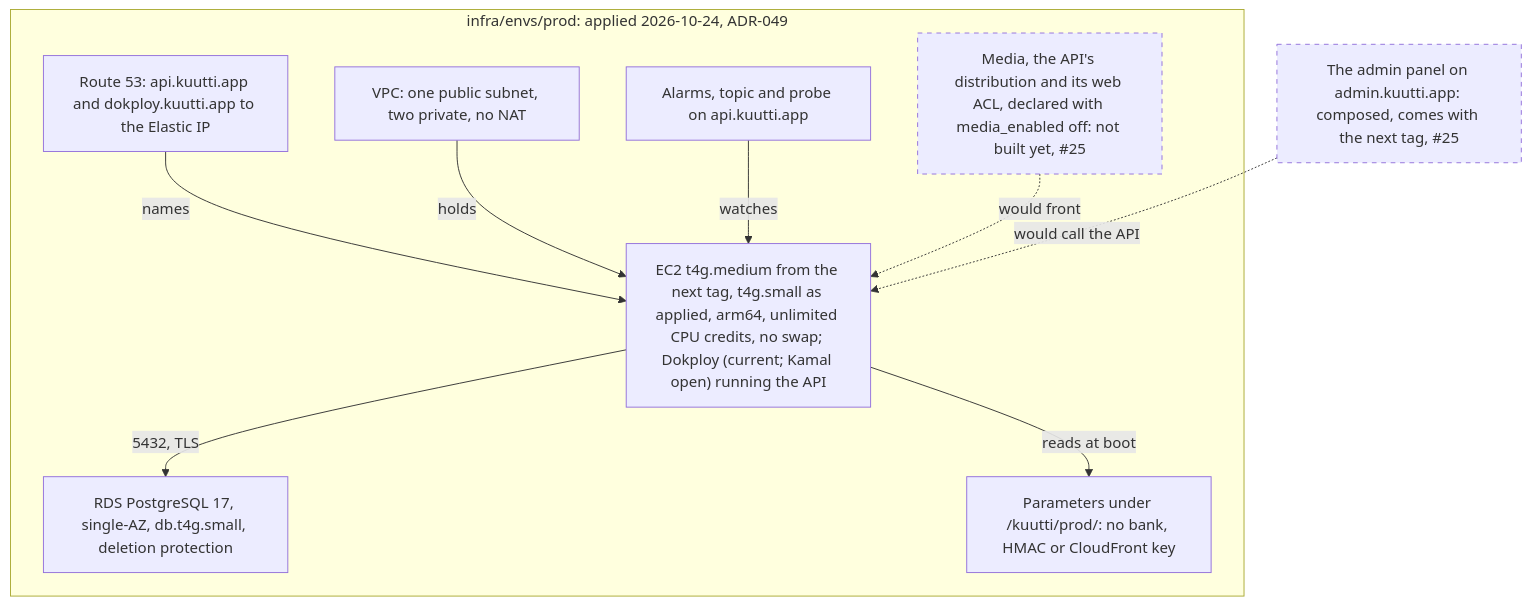
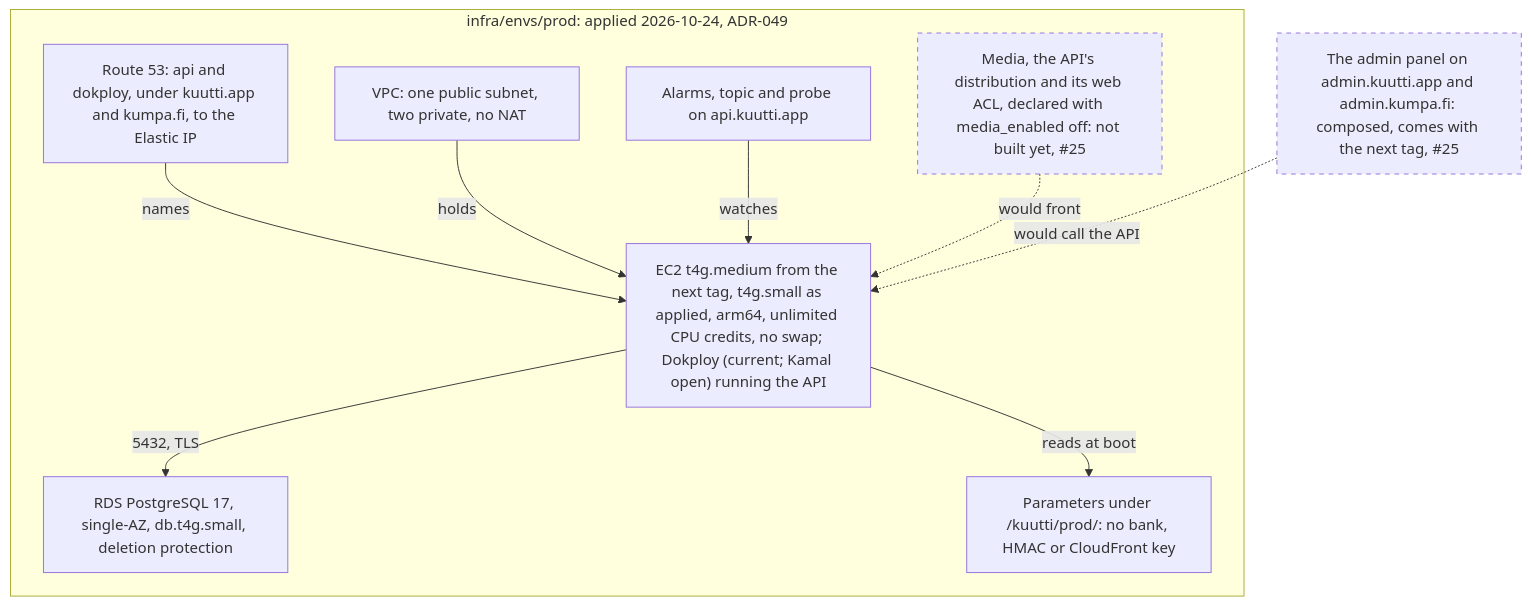
Before and after one commit to kuutti-ry/kumpa-app: the fourth of 5 diagrams in docs/architecture/deployment.md, drawn with Mermaid. The commit also changed other lines of this file and 31 other files, not shown here.

First line of the commit message:
Answer under kumpa.fi beside kuutti.app, switch nothing yet (#713)

````diff
--- a/docs/architecture/deployment.md
+++ b/docs/architecture/deployment.md
@@ -215,23 +215,23 @@
 ```mermaid
 flowchart TB
   accTitle: Deployment, part 5: production
   accDescr: infra/envs/prod, applied on 2026-10-24 before the first release, composes the same network, box, database, alarms and parameters as staging, with a larger box from the next tag, a larger database class and deletion protection. Dokploy on the box runs one application, the API, pinned to a commit and with bank identification off. The media module is declared switched off; the admin panel's host is composed and comes with the next tag.
   subgraph prodenv["infra/envs/prod: applied 2026-10-24, ADR-049"]
-    n49["Route 53: api.kuutti.app and dokploy.kuutti.app to the Elastic IP"]
+    n49["Route 53: api and dokploy, under kuutti.app and kumpa.fi, to the Elastic IP"]
     n50["VPC: one public subnet, two private, no NAT"]
     n51["EC2 t4g.medium from the next tag, t4g.small as applied, arm64, unlimited CPU credits, no swap; Dokploy (current; Kamal open) running the API"]
     n52["RDS PostgreSQL 17, single-AZ, db.t4g.small, deletion protection"]
     n53["Parameters under /kuutti/prod/: no bank, HMAC or CloudFront key"]
     n54["Alarms, topic and probe on api.kuutti.app"]
     n55["Media, the API's distribution and its web ACL, declared with media_enabled off: not built yet, #25"]:::notbuilt
   end
-  n56["The admin panel on admin.kuutti.app: composed, comes with the next tag, #25"]:::notbuilt
+  n56["The admin panel on admin.kuutti.app and admin.kumpa.fi: composed, comes with the next tag, #25"]:::notbuilt
   n49 -->|"names"| n51
   n50 -->|"holds"| n51
   n51 -->|"5432, TLS"| n52
   n51 -->|"reads at boot"| n53
   n54 -->|"watches"| n51
   n55 -.->|"would front"| n51
   n56 -.->|"would call the API"| n51
   classDef notbuilt stroke-dasharray: 5 5
 ```
````
